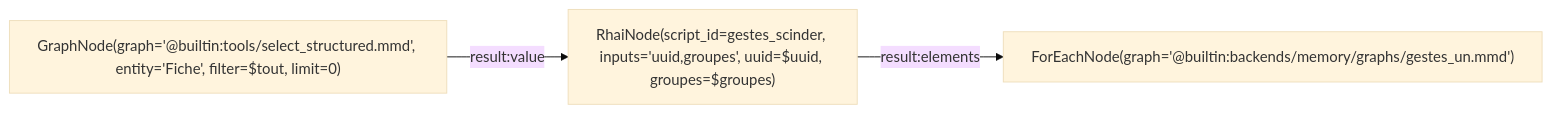
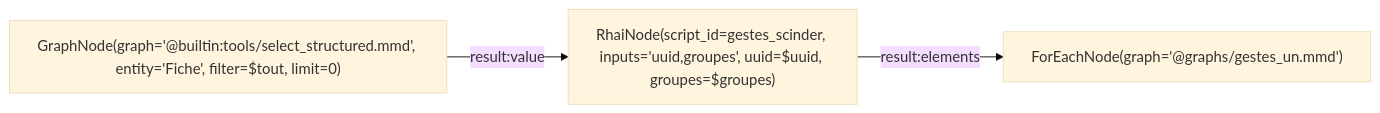
Before and after one commit to L-Defraiteur/rag3db: the diagram in extension/rag3weaver/templates/backends/memory/graphs/scinder_fiche.mmd, drawn with Mermaid (base theme). The commit also changed 20 other files, not shown here.

Commit message:
feat(memoire): le gabarit memory cite ses graphes et ses Plans sur disque (@graphs/, @plans/), versés dans le gabarit : une copie éditée change ce que l'appel joue et la version du gabarit ; @builtin: ne reste que pour les outils génériques du moteur (select_structured, search_structured)

```diff
--- a/extension/rag3weaver/templates/backends/memory/graphs/scinder_fiche.mmd
+++ b/extension/rag3weaver/templates/backends/memory/graphs/scinder_fiche.mmd
@@ -1,13 +1,13 @@
 %% tool: scinder_fiche
 %% description: Scinde une fiche, par son uuid, en groupes de sections : chaque groupe devient une fiche proposée (son nom, une phrase d'au moins six mots, les copies de ses apports), l'ancienne est retirée et ses apports passent recopied (la provenance, hors des rappels par défaut). Chaque fiche neuve, et chaque copie, porte une Ref derived_from vers l'ancienne. Une section qui n'est dans aucun groupe, ou dans deux, est refusée ; un nom de groupe qui nomme une fiche existante aussi.
 %% param: uuid string! -- L'uuid de la fiche à scinder (le nom de son fichier sous fiches/).
 %% param: groupes json = [] -- Les fiches neuves (une liste, au moins un groupe) : [{name, about, sections: [titres de section]}], chaque section de la fiche dans un groupe et un seul.
 %% param: tout json = {} -- Réservé : le filtre vide de la sélection des fiches (le mermaid n'écrit pas d'objet littéral).
 %% result: geste.list
 
 graph LR
     fiches["GraphNode(graph='@builtin:tools/select_structured.mmd', entity='Fiche', filter=$tout, limit=0)"]
     trouver["RhaiNode(script_id=gestes_scinder, inputs='uuid,groupes', uuid=$uuid, groupes=$groupes)"]
-    geste["ForEachNode(graph='@builtin:backends/memory/graphs/gestes_un.mmd')"]
+    geste["ForEachNode(graph='@graphs/gestes_un.mmd')"]
     fiches -->|result:value| trouver
     trouver -->|result:elements| geste
```
